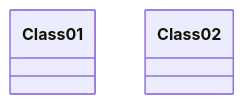
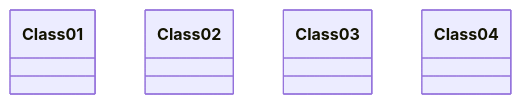
Diagram 14 of 14 in docs/classDiagram.md (mermaid-js/mermaid), drawn with Mermaid before and after one commit. The commit also changed other lines of this file and 7 other files, not shown here.

````diff
--- a/docs/classDiagram.md
+++ b/docs/classDiagram.md
@@ -487,7 +493,11 @@
 ```mermaid
 classDiagram
     class Class01
     class Class02
-    click Class01 call callbackFunction() "Callback tooltip"
-    click Class02 href "http://www.github.com" "This is a link"
+    callback Class01 "callbackFunction" "Callback tooltip"
+    link Class02 "http://www.github.com" "This is a link"
+    class Class03
+    class Class04
+    click Class03 call callbackFunction() "Callback tooltip"
+    click Class04 href "http://www.github.com" "This is a link"
 ```
````
